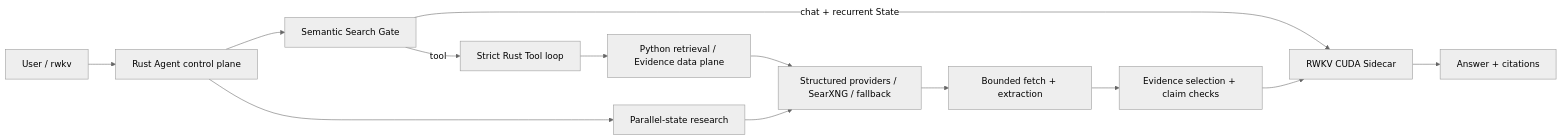
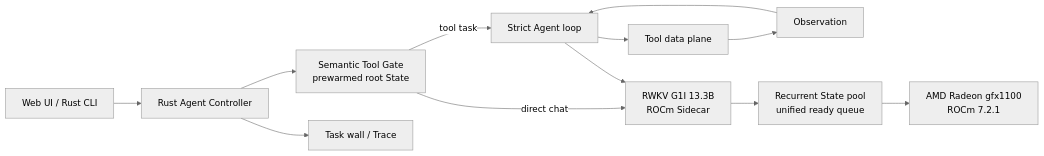
The diagram in README.md (123123213weqw/rwkv-agent), drawn with Mermaid (neutral theme) before and after one commit. The commit also changed other lines of this file and 669 other files, not shown here.

Commit message:
Publish RWKV State Agent harness and benchmarks

````diff
--- a/README.md
+++ b/README.md
@@ -129,15 +33,14 @@
 ```mermaid
 flowchart LR
-    U["User / rwkv"] --> API["Rust Agent control plane"]
-    API --> G["Semantic Search Gate"]
-    G -->|"chat + recurrent State"| M["RWKV CUDA Sidecar"]
-    G -->|"tool"| T["Strict Rust Tool loop"]
-    T --> P["Python retrieval / Evidence data plane"]
-    P --> D["Structured providers / SearXNG / fallback"]
-    D --> F["Bounded fetch + extraction"]
-    F --> E["Evidence selection + claim checks"]
-    E --> M
-    M --> A["Answer + citations"]
-    API --> R["Parallel-state research"]
-    R --> D
+    UI["Web UI / Rust CLI"] --> C["Rust Agent Controller"]
+    C --> G["Semantic Tool Gate\nprewarmed root State"]
+    G -->|direct chat| S["RWKV G1I 13.3B\nROCm Sidecar"]
+    G -->|tool task| L["Strict Agent loop"]
+    L --> T["Tool data plane"]
+    T --> O["Observation"]
+    O --> L
+    L --> S
+    C --> Q["Task wall / Trace"]
+    S --> P["Recurrent State pool\nunified ready queue"]
+    P --> GPU["AMD Radeon gfx1100\nROCm 7.2.1"]
 ```
````
